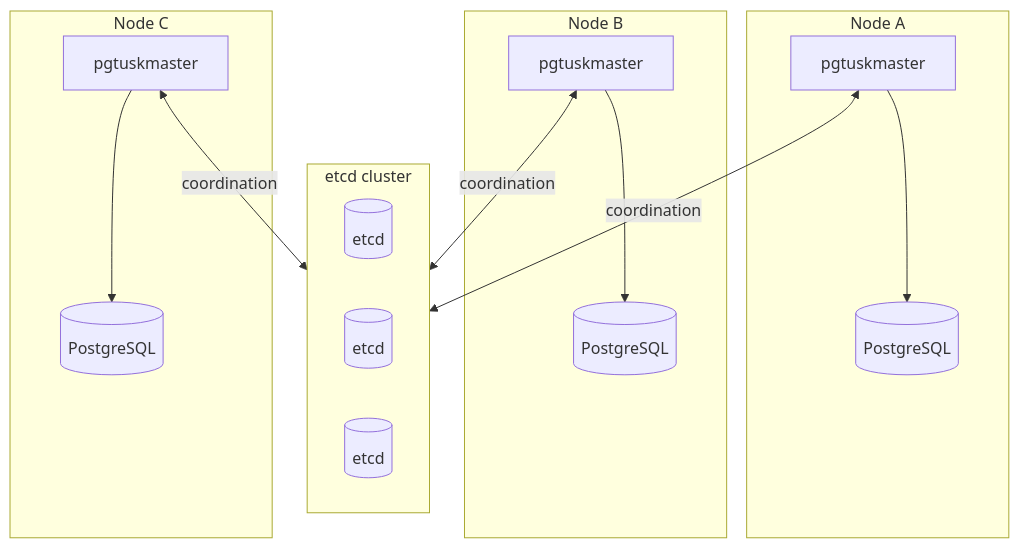
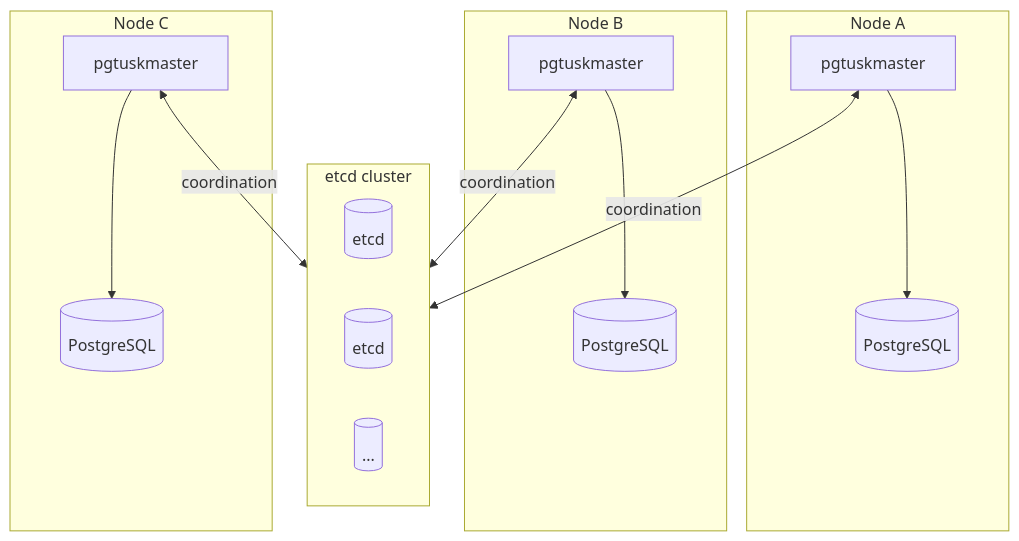
The diagram in docs/src/operator/deployment.md (djosh34/pgtuskmaster_rust), drawn with Mermaid before and after one commit. The commit also changed other lines of this file and 101 other files, not shown here.

````diff
--- a/docs/src/operator/deployment.md
+++ b/docs/src/operator/deployment.md
@@ -5,30 +5,30 @@
 ```mermaid
 flowchart TB
   subgraph ETCD[etcd cluster]
     E1[(etcd)]
     E2[(etcd)]
-    E3[(etcd)]
+    EN[(...)]
   end
 
   subgraph N1[Node A]
     A[pgtuskmaster]
     APG[(PostgreSQL)]
     A --> APG
   end
 
   subgraph N2[Node B]
     B[pgtuskmaster]
     BPG[(PostgreSQL)]
     B --> BPG
   end
 
   subgraph N3[Node C]
     C[pgtuskmaster]
     CPG[(PostgreSQL)]
     C --> CPG
   end
 
   A <-->|coordination| ETCD
   B <-->|coordination| ETCD
   C <-->|coordination| ETCD
 ```
````
